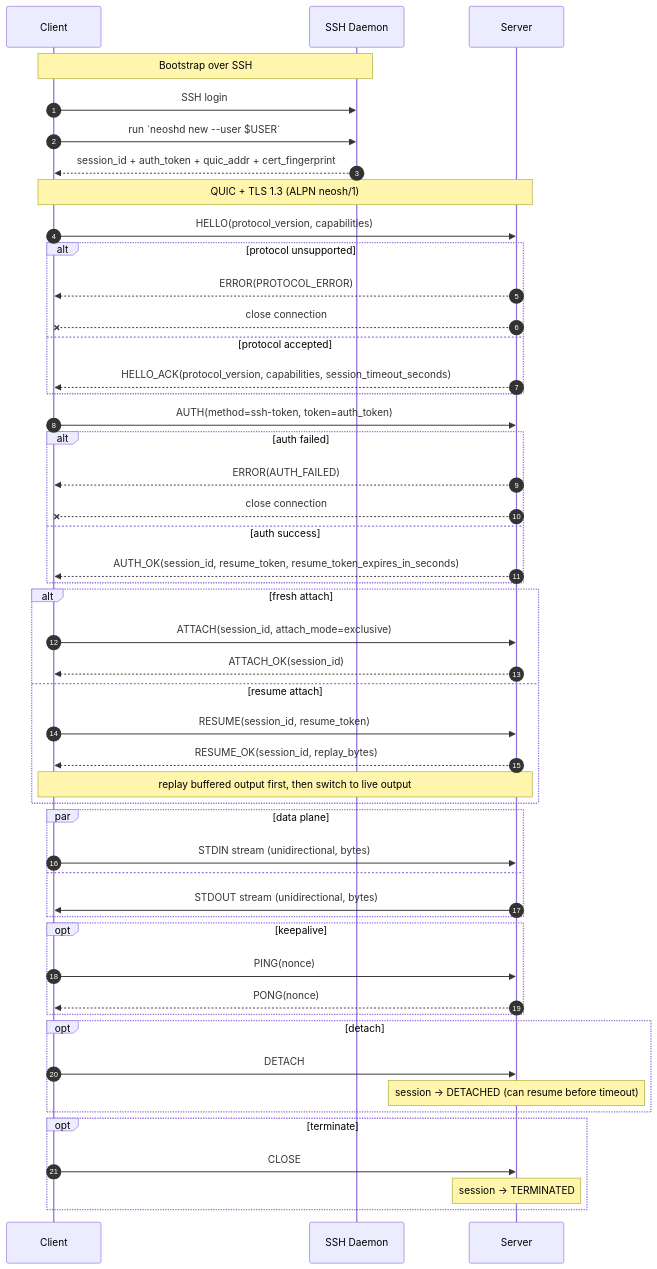
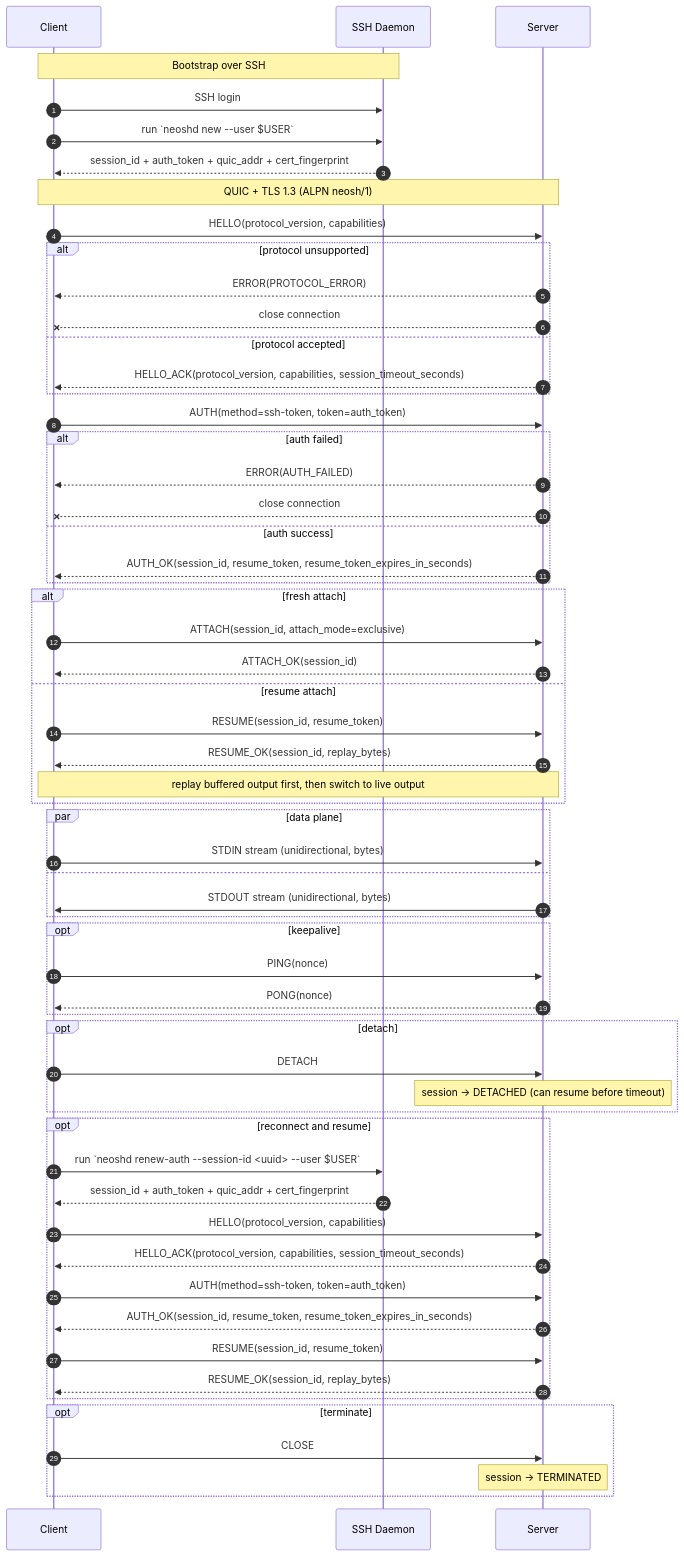
The diagram in README.md (plucury/neosh), drawn with Mermaid before and after one commit. The commit also changed other lines of this file and 7 other files, not shown here.

Commit message:
docs(v0.1.0): align resume auth flow and add delivery test guide

````diff
--- a/README.md
+++ b/README.md
@@ -10,60 +10,71 @@
 ```mermaid
 sequenceDiagram
     autonumber
     participant C as Client
     participant SSH as SSH Daemon
     participant S as Server
 
     Note over C,SSH: Bootstrap over SSH
     C->>SSH: SSH login
     C->>SSH: run `neoshd new --user $USER`
     SSH-->>C: session_id + auth_token + quic_addr + cert_fingerprint
 
     Note over C,S: QUIC + TLS 1.3 (ALPN neosh/1)
 
     C->>S: HELLO(protocol_version, capabilities)
     alt protocol unsupported
         S-->>C: ERROR(PROTOCOL_ERROR)
         S--xC: close connection
     else protocol accepted
         S-->>C: HELLO_ACK(protocol_version, capabilities, session_timeout_seconds)
     end
 
     C->>S: AUTH(method=ssh-token, token=auth_token)
     alt auth failed
         S-->>C: ERROR(AUTH_FAILED)
         S--xC: close connection
     else auth success
         S-->>C: AUTH_OK(session_id, resume_token, resume_token_expires_in_seconds)
     end
 
     alt fresh attach
         C->>S: ATTACH(session_id, attach_mode=exclusive)
         S-->>C: ATTACH_OK(session_id)
     else resume attach
         C->>S: RESUME(session_id, resume_token)
         S-->>C: RESUME_OK(session_id, replay_bytes)
         Note over S,C: replay buffered output first, then switch to live output
     end
 
     par data plane
         C->>S: STDIN stream (unidirectional, bytes)
     and
         S->>C: STDOUT stream (unidirectional, bytes)
     end
 
     opt keepalive
         C->>S: PING(nonce)
         S-->>C: PONG(nonce)
     end
 
     opt detach
         C->>S: DETACH
         Note over S: session -> DETACHED (can resume before timeout)
     end
 
+    opt reconnect and resume
+        C->>SSH: run `neoshd renew-auth --session-id <uuid> --user $USER`
+        SSH-->>C: session_id + auth_token + quic_addr + cert_fingerprint
+        C->>S: HELLO(protocol_version, capabilities)
+        S-->>C: HELLO_ACK(protocol_version, capabilities, session_timeout_seconds)
+        C->>S: AUTH(method=ssh-token, token=auth_token)
+        S-->>C: AUTH_OK(session_id, resume_token, resume_token_expires_in_seconds)
+        C->>S: RESUME(session_id, resume_token)
+        S-->>C: RESUME_OK(session_id, replay_bytes)
+    end
+
     opt terminate
         C->>S: CLOSE
         Note over S: session -> TERMINATED
     end
 ```
````
